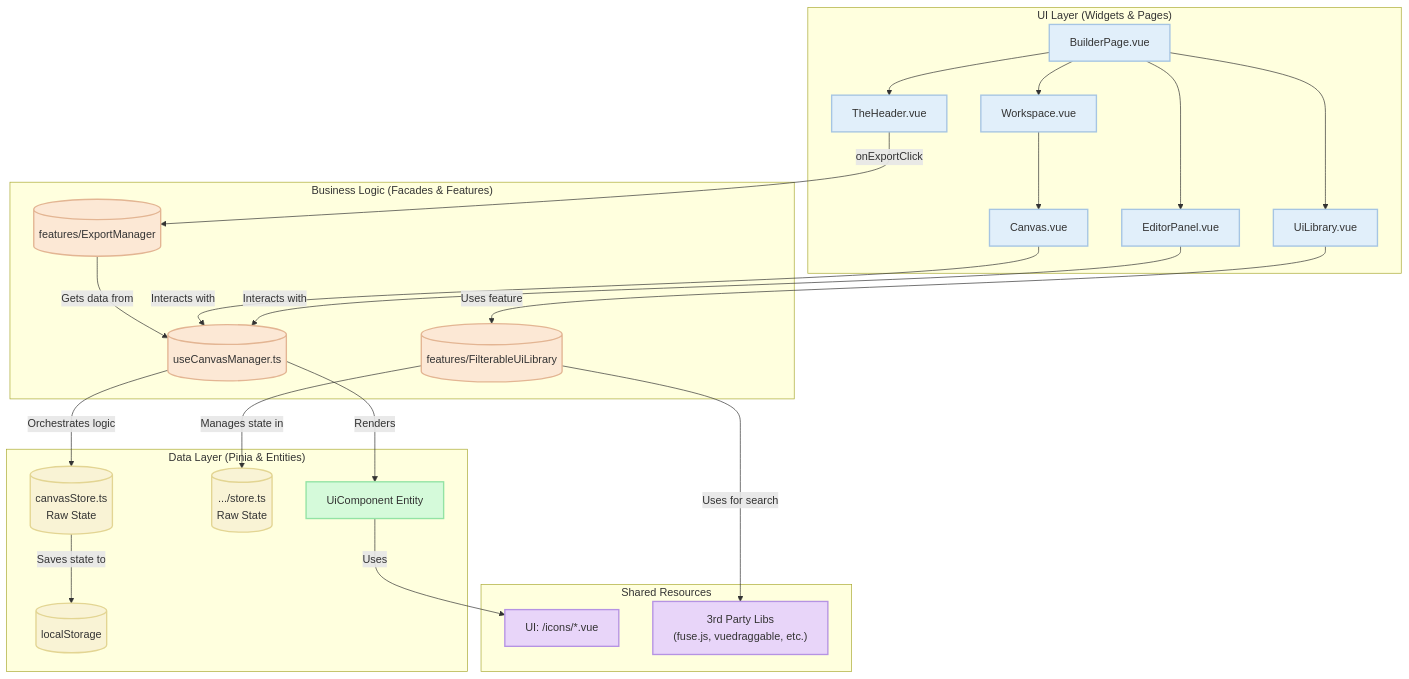
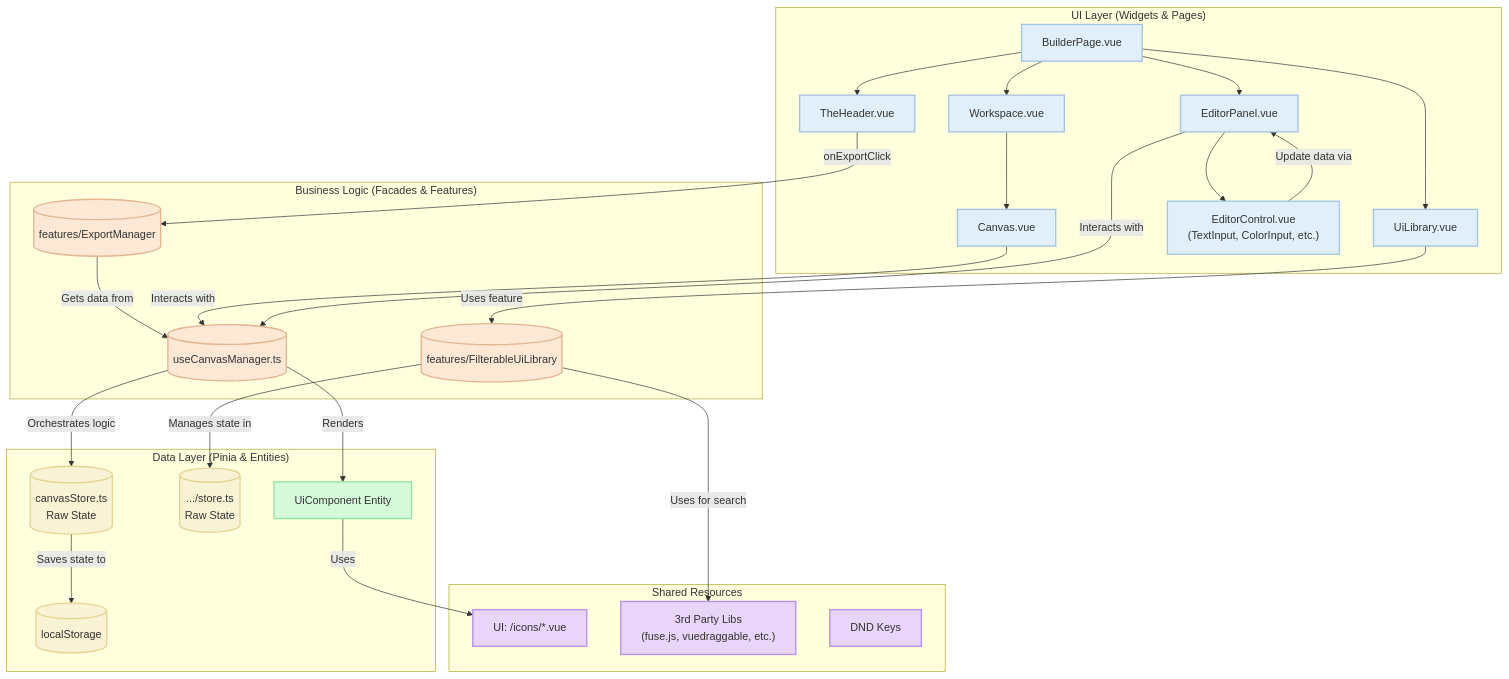
The diagram in README.md (NIKIRIKI7/web_builder), drawn with Mermaid before and after one commit. The commit also changed other lines of this file and 36 other files, not shown here.

````diff
--- a/README.md
+++ b/README.md
@@ -7,63 +7,67 @@
 ```mermaid
 graph TD
     subgraph "UI Layer (Widgets & Pages)"
         Page[BuilderPage.vue]
         Header[TheHeader.vue]
         Library[UiLibrary.vue]
         Workspace[Workspace.vue]
         EditorPanel[EditorPanel.vue]
         Canvas[Canvas.vue]
+        EditorControls["EditorControl.vue <br/>(TextInput, ColorInput, etc.)"]
 
         Page --> Header & Library & Workspace & EditorPanel
         Workspace --> Canvas
+        EditorPanel --> EditorControls
     end
 
     subgraph "Business Logic (Facades & Features)"
         CanvasManager[("useCanvasManager.ts")]
         ExportManager[("features/ExportManager")]
         FilterableLibrary[("features/FilterableUiLibrary")]
     end
 
     subgraph "Data Layer (Pinia & Entities)"
         CanvasStore[("canvasStore.ts <br/> Raw State")]
         LibraryStore[(".../store.ts <br/> Raw State")]
         Persist[("localStorage")]
         UiComponent[UiComponent Entity]
     end
 
     subgraph "Shared Resources"
         SharedIcons[UI: /icons/*.vue]
         SharedLibs["3rd Party Libs <br/> (fuse.js, vuedraggable, etc.)"]
+        SharedDnd["DND Keys"]
     end
 
     %% Interactions
     Header -- "onExportClick" --> ExportManager
     ExportManager -- "Gets data from" --> CanvasManager
     
     Library -- "Uses feature" --> FilterableLibrary
     FilterableLibrary -- "Manages state in" --> LibraryStore
     FilterableLibrary -- "Uses for search" --> SharedLibs
     
     Canvas -- "Interacts with" --> CanvasManager
     EditorPanel -- "Interacts with" --> CanvasManager
+    EditorControls -- "Update data via" --> EditorPanel
     
     CanvasManager -- "Orchestrates logic" --> CanvasStore
     
     CanvasStore -- "Saves state to" --> Persist
     
     CanvasManager -- "Renders" --> UiComponent
     UiComponent -- "Uses" --> SharedIcons
     
     %% Styling
     classDef widget fill:#e1effa,stroke:#a6c5e3,stroke-width:2px;
     classDef logic fill:#fce8d5,stroke:#e3b593,stroke-width:2px;
     classDef store fill:#f9f3d5,stroke:#e3d593,stroke-width:2px;
     classDef entity fill:#d5fada,stroke:#93e3a4,stroke-width:2px;
     classDef shared fill:#e8d5f9,stroke:#b593e3,stroke-width:2px;
     
-    class Page,Header,Library,Workspace,EditorPanel,Canvas widget;
+    class Page,Header,Library,Workspace,EditorPanel,Canvas,EditorControls widget;
     class CanvasManager,ExportManager,FilterableLibrary logic;
     class CanvasStore,LibraryStore,Persist store;
     class UiComponent entity;
-    class SharedIcons,SharedLibs shared;
+    class SharedIcons,SharedLibs,SharedDnd shared;
 ```
````
